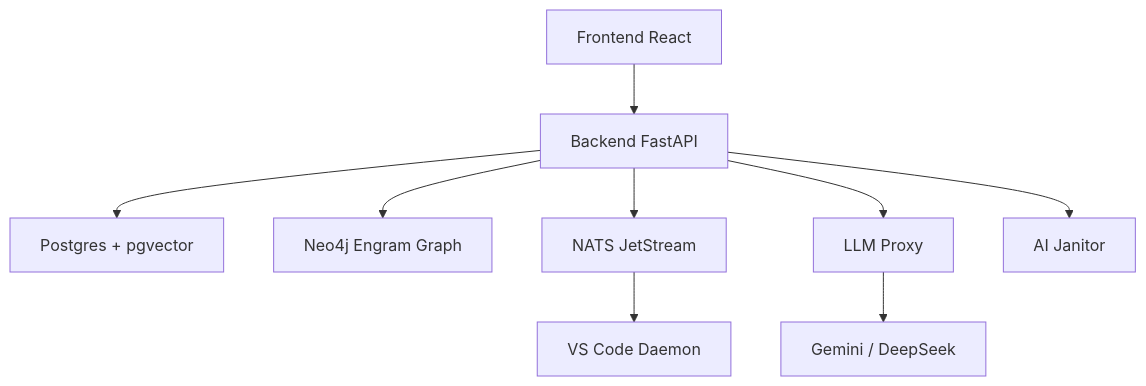
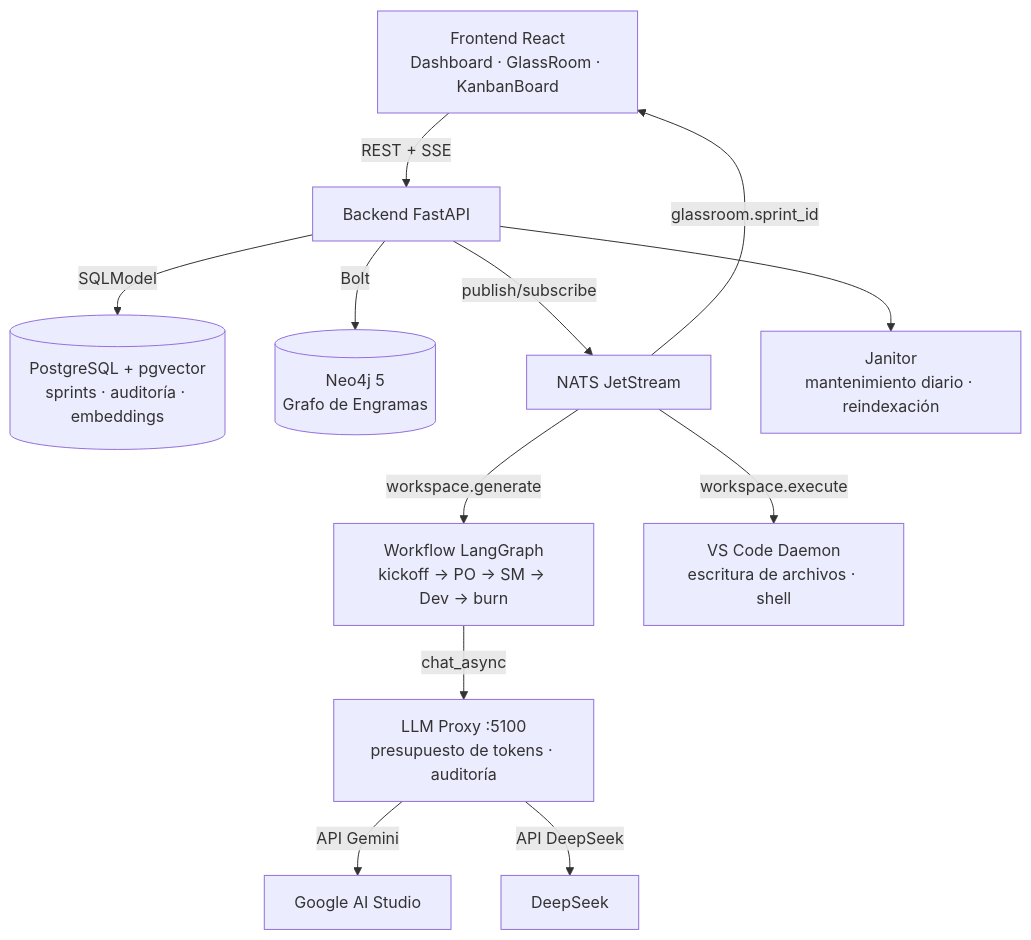
The first of 3 diagrams in README.es.md (careb36/ai_entreprise), drawn with Mermaid before and after one commit. The commit also changed other lines of this file and 1 other file, not shown here.

First line of the commit message:
docs: restore and update Mermaid diagrams; sync README.es.md to parity

````diff
--- a/README.es.md
+++ b/README.es.md
@@ -51,11 +56,18 @@
 ```mermaid
 graph TD
-    A[Frontend React] --> B[Backend FastAPI]
-    B --> C[Postgres + pgvector]
-    B --> D[Neo4j Engram Graph]
-    B --> E[NATS JetStream]
-    E --> F[VS Code Daemon]
-    B --> G[LLM Proxy]
-    G --> H[Gemini / DeepSeek]
-    B --> I[AI Janitor]
+    A[Frontend React<br/>Dashboard · GlassRoom · KanbanBoard] -->|REST + SSE| B[Backend FastAPI]
+
+    B -->|SQLModel| C[(PostgreSQL + pgvector<br/>sprints · auditoría · embeddings)]
+    B -->|Bolt| D[(Neo4j 5<br/>Grafo de Engramas)]
+    B -->|publish/subscribe| E[NATS JetStream]
+
+    E -->|workspace.generate| F[Workflow LangGraph<br/>kickoff → PO → SM → Dev → burn]
+    E -->|glassroom.sprint_id| A
+    E -->|workspace.execute| G[VS Code Daemon<br/>escritura de archivos · shell]
+
+    F -->|chat_async| H[LLM Proxy :5100<br/>presupuesto de tokens · auditoría]
+    H -->|API Gemini| I[Google AI Studio]
+    H -->|API DeepSeek| J[DeepSeek]
+
+    B --> K[Janitor<br/>mantenimiento diario · reindexación]
 ```
````
